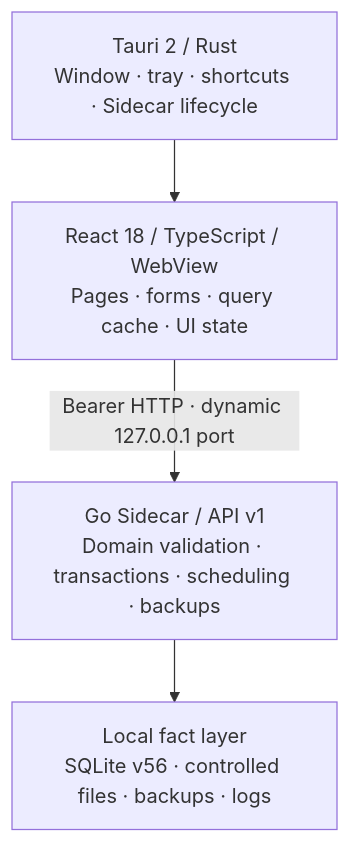
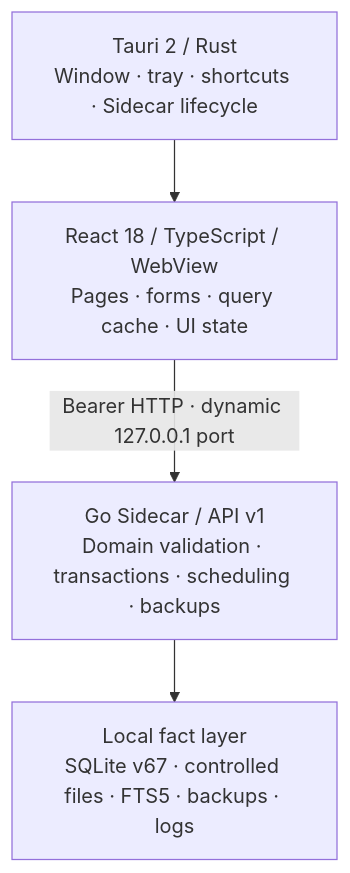
One commit to DingxinTao0417/opc-workspace changed the diagram in README.en.md. Above: the diagram before and after it, drawn with Mermaid. The commit also changed other lines of this file and 187 other files, not shown here.

````diff
--- a/README.en.md
+++ b/README.en.md
@@ -127,11 +127,11 @@
 ```mermaid
 flowchart TB
     Desktop["Tauri 2 / Rust<br/>Window · tray · shortcuts · Sidecar lifecycle"]
     Web["React 18 / TypeScript / WebView<br/>Pages · forms · query cache · UI state"]
     API["Go Sidecar / API v1<br/>Domain validation · transactions · scheduling · backups"]
-    Data["Local fact layer<br/>SQLite v56 · controlled files · backups · logs"]
+    Data["Local fact layer<br/>SQLite v67 · controlled files · FTS5 · backups · logs"]
 
     Desktop --> Web
     Web -->|"Bearer HTTP · dynamic 127.0.0.1 port"| API
     API --> Data
 ```
````
